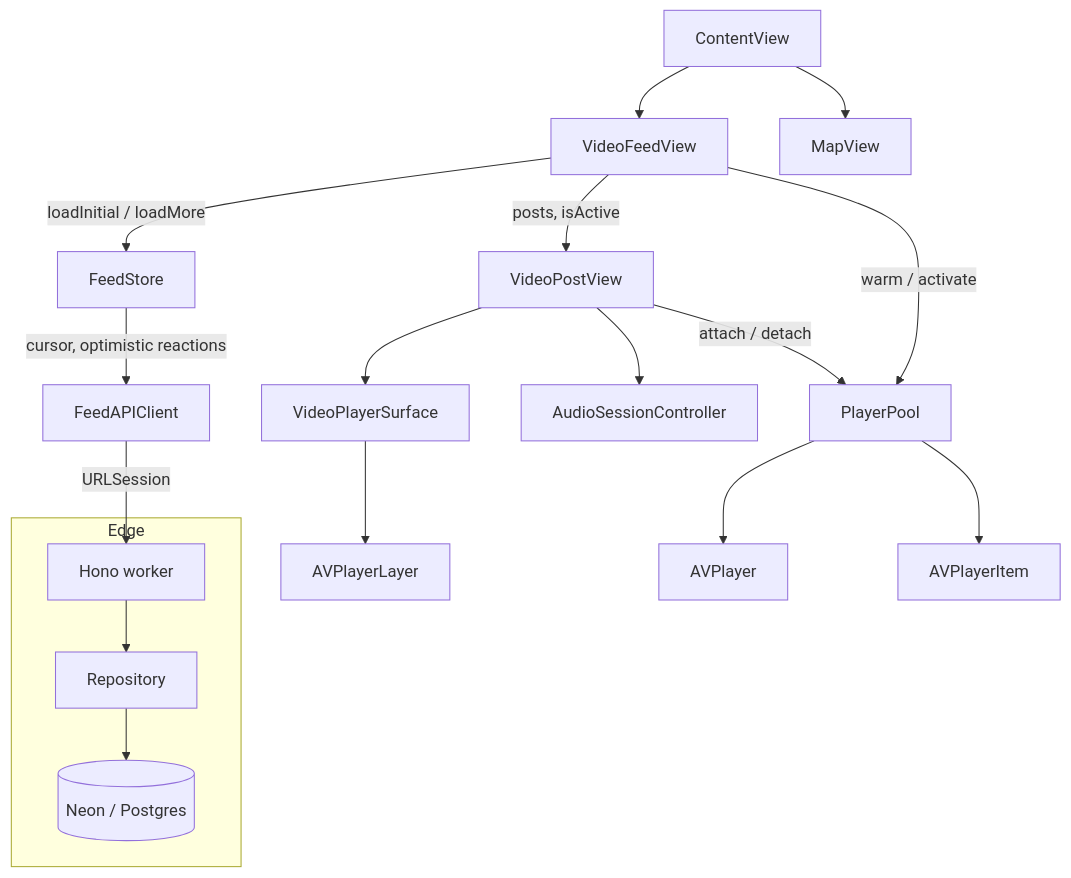
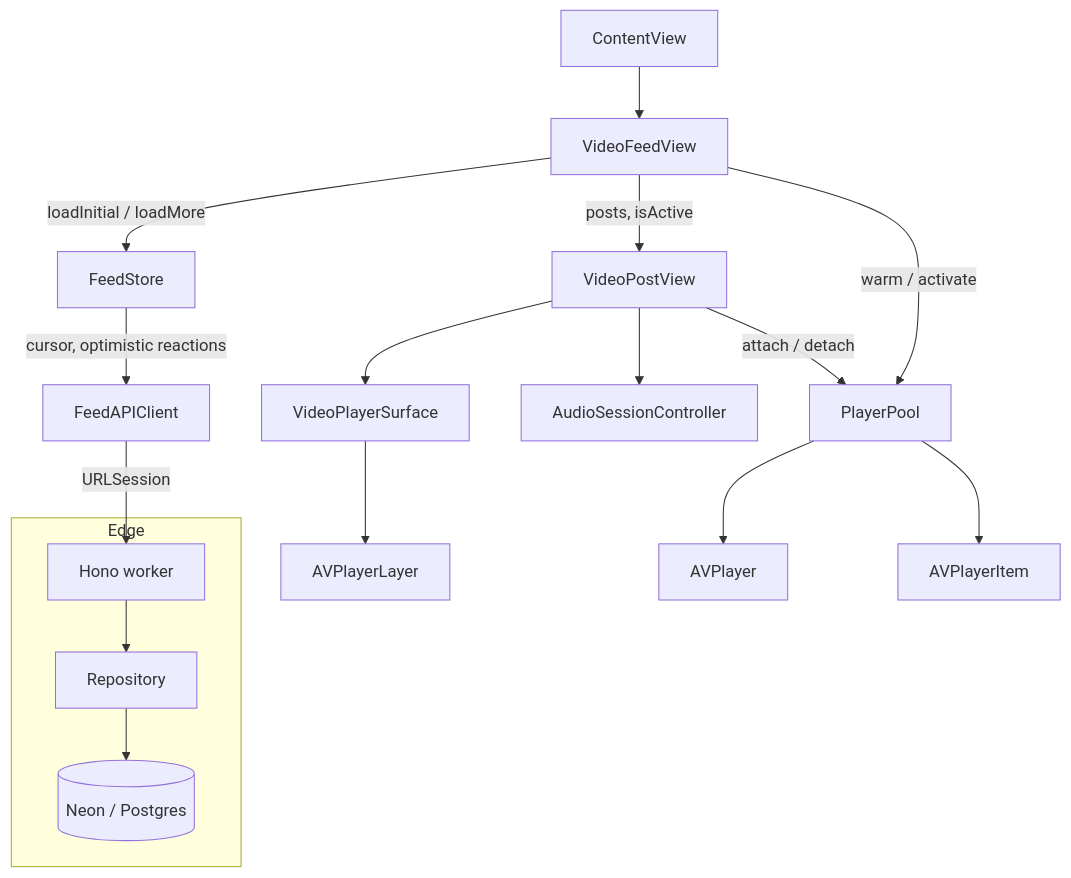
One commit to SomsakGitHub/marauders changed the diagram in README.md. Above: the diagram before and after it, drawn with Mermaid. The commit also changed other lines of this file and 1 other file, not shown here.

First line of the commit message:
Hide the Map tab so the app is a single feed surface

````diff
--- a/README.md
+++ b/README.md
@@ -24,24 +22,23 @@
 ```mermaid
 flowchart TD
     ContentView --> VideoFeedView
-    ContentView --> MapView
 
     VideoFeedView -->|posts, isActive| VideoPostView
     VideoFeedView -->|loadInitial / loadMore| FeedStore
     VideoFeedView -->|warm / activate| PlayerPool
     VideoPostView -->|attach / detach| PlayerPool
     VideoPostView --> VideoPlayerSurface
     VideoPostView --> AudioSessionController
 
     FeedStore -->|cursor, optimistic reactions| FeedAPIClient
     FeedAPIClient -->|URLSession| Worker
 
     VideoPlayerSurface --> AVPlayerLayer
     PlayerPool --> AVPlayer
     PlayerPool --> AVPlayerItem
 
     subgraph Edge
         Worker[Hono worker] --> Repository
         Repository --> Neon[(Neon / Postgres)]
     end
 ```
````
